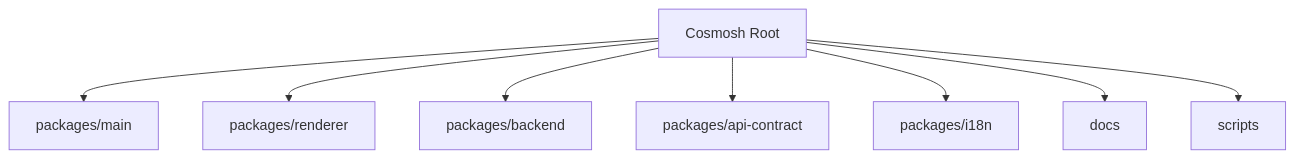
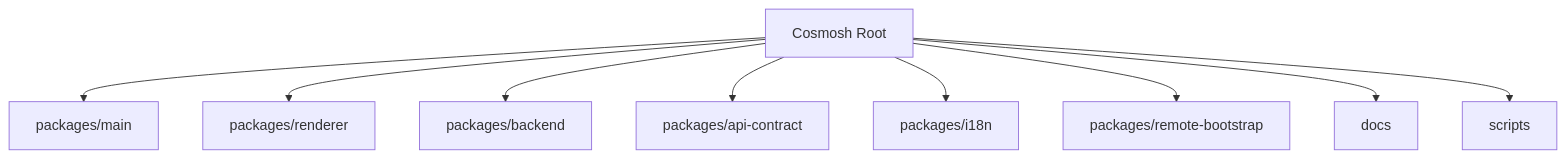
One commit to XYZ1024-alt/Cosmosh changed the first of 2 diagrams in docs/developer/core/project-map.md. Above: the diagram before and after it, drawn with Mermaid. The commit also changed other lines of this file and 5 other files, not shown here.

Commit message:
docs: document remote bootstrap runtime

````diff
--- a/docs/developer/core/project-map.md
+++ b/docs/developer/core/project-map.md
@@ -5,11 +5,12 @@
 ```mermaid
 flowchart TB
   ROOT[Cosmosh Root]
   ROOT --> MAIN[packages/main]
   ROOT --> RENDERER[packages/renderer]
   ROOT --> BACKEND[packages/backend]
   ROOT --> API[packages/api-contract]
   ROOT --> I18N[packages/i18n]
+  ROOT --> REMOTE[packages/remote-bootstrap]
   ROOT --> DOCS[docs]
   ROOT --> SCRIPTS[scripts]
 ```
````
